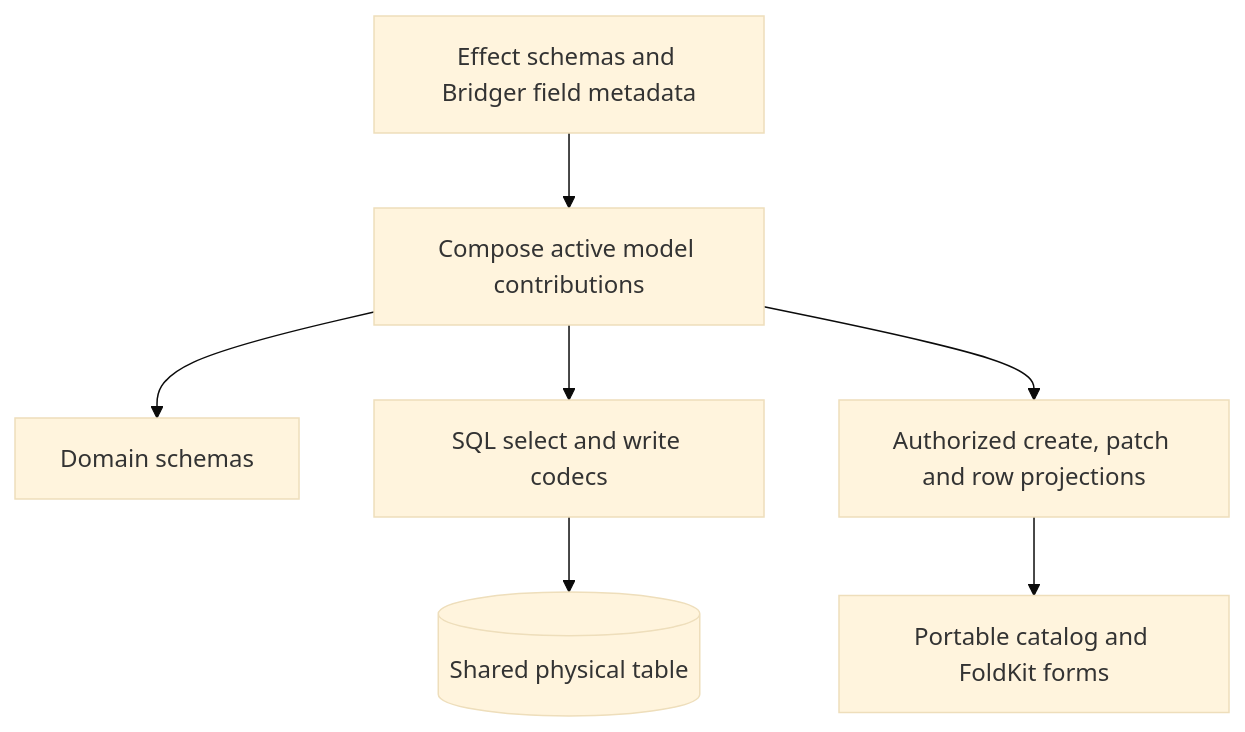
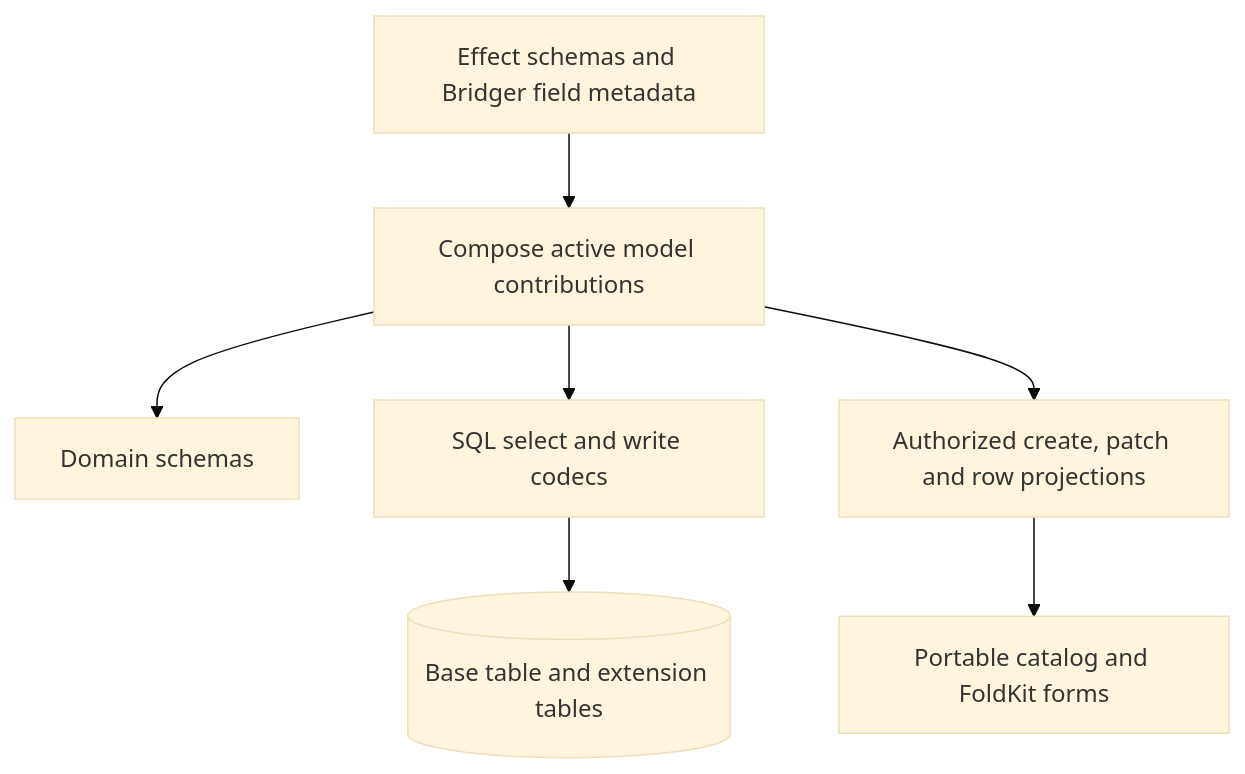
Before and after one commit to leaderiop/Bridger: the diagram in docs/ERP-SCHEMA-DESIGN.md, drawn with Mermaid (base theme). The commit also changed other lines of this file and 7 other files, not shown here.

First line of the commit message:
Store extension fields in extension tables, never in the base table

````diff
--- a/docs/ERP-SCHEMA-DESIGN.md
+++ b/docs/ERP-SCHEMA-DESIGN.md
@@ -63,9 +63,9 @@
 ```mermaid
 flowchart TD
     Fields[Effect schemas and Bridger field metadata] --> Registry[Compose active model contributions]
     Registry --> Domain[Domain schemas]
     Registry --> SQL[SQL select and write codecs]
     Registry --> Public[Authorized create, patch and row projections]
     Public --> Catalog[Portable catalog and FoldKit forms]
-    SQL --> Storage[(Shared physical table)]
+    SQL --> Storage[(Base table and extension tables)]
 ```
````
